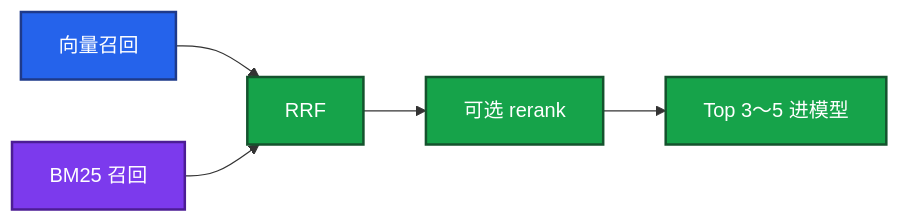
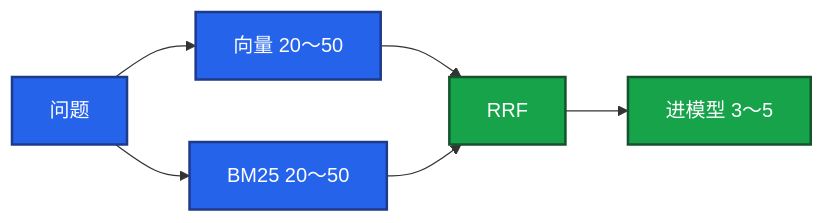
The third of 3 diagrams in 09-AI与智能运维/03-RAG检索增强/练习题.md (ml-cuizijun/LearnToLilith), drawn with Mermaid before and after one commit. The commit also changed other lines of this file and 213 other files, not shown here.

````diff
--- a/09-AI与智能运维/03-RAG检索增强/练习题.md
+++ b/09-AI与智能运维/03-RAG检索增强/练习题.md
@@ -141,13 +225,12 @@
 ```mermaid
 flowchart LR
-    v[向量召回] --> rrf[RRF]
-    k[BM25 召回] --> rrf
-    rrf --> rr[可选 rerank]
-    rr --> t[Top 3～5 进模型]
+    q[问题] --> v[向量 20～50]
+    q --> k[BM25 20～50]
+    v --> rrf[RRF]
+    k --> rrf
+    rrf --> top[进模型 3～5]
     classDef a fill:#2563EB,stroke:#1E3A8A,stroke-width:2px,color:#fff
-    classDef b fill:#7C3AED,stroke:#4C1D95,stroke-width:2px,color:#fff
-    classDef c fill:#16A34A,stroke:#14532D,stroke-width:2px,color:#fff
-    class v a
-    class k b
-    class rrf,rr,t c
+    classDef b fill:#16A34A,stroke:#14532D,stroke-width:2px,color:#fff
+    class q,v,k a
+    class rrf,top b
 ```
````
